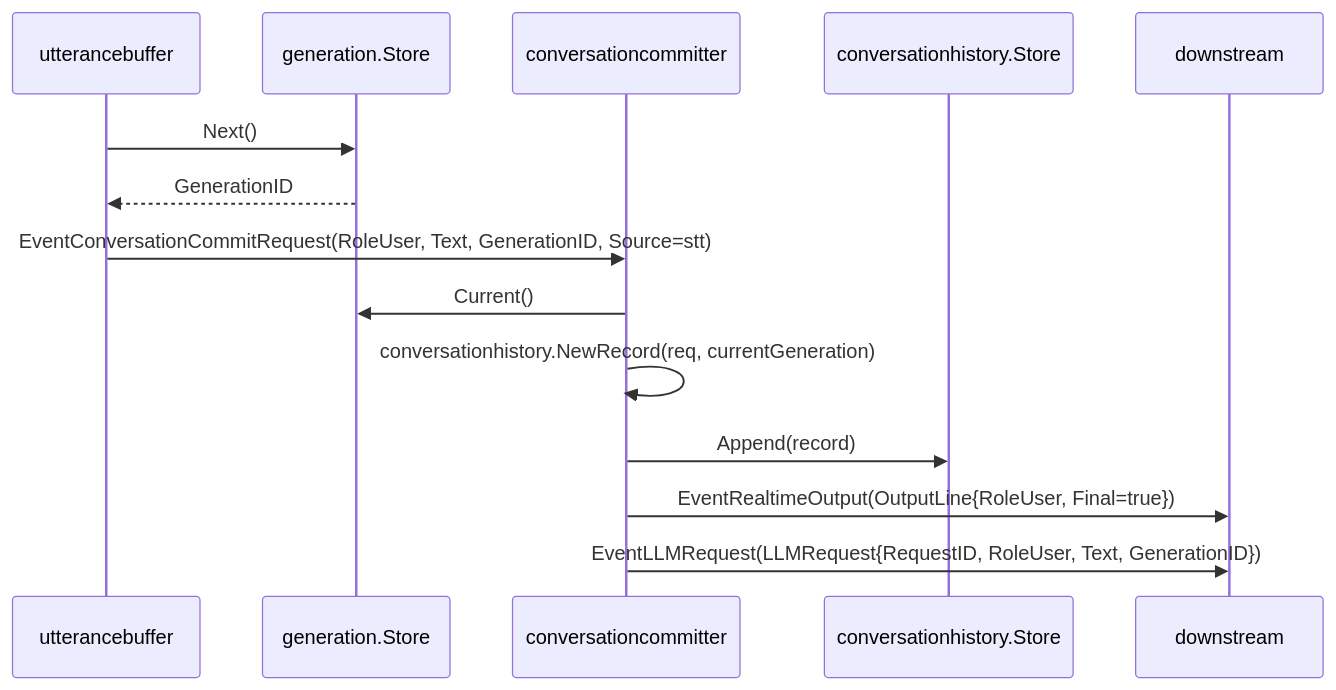
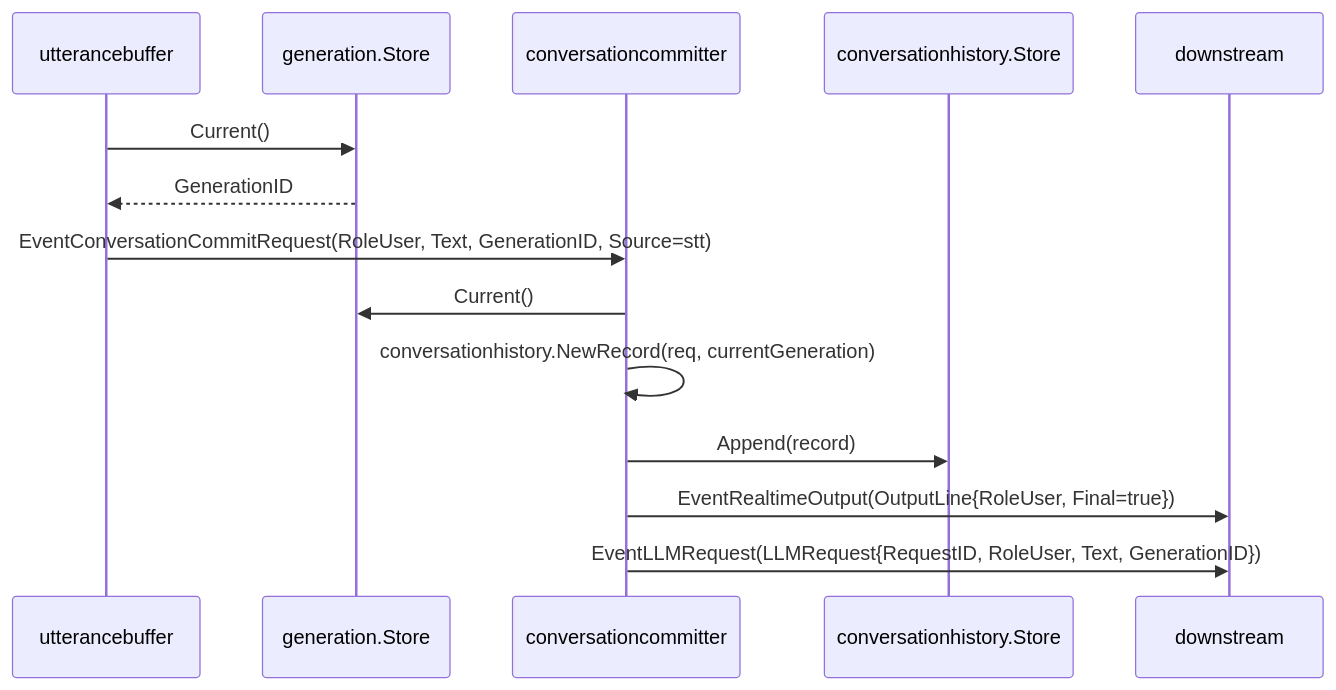
One commit to tetetratra/smart-speaker changed the first of 3 diagrams in docs/components/conversationcommitter.md. Above: the diagram before and after it, drawn with Mermaid. The commit also changed other lines of this file and 8 other files, not shown here.

Commit message:
docs: update VAD generation flow

````diff
--- a/docs/components/conversationcommitter.md
+++ b/docs/components/conversationcommitter.md
@@ -60,17 +60,17 @@
 ```mermaid
 sequenceDiagram
     participant UB as utterancebuffer
     participant Gen as generation.Store
     participant CC as conversationcommitter
     participant Hist as conversationhistory.Store
     participant Down as downstream
 
-    UB->>Gen: Next()
+    UB->>Gen: Current()
     Gen-->>UB: GenerationID
     UB->>CC: EventConversationCommitRequest(RoleUser, Text, GenerationID, Source=stt)
     CC->>Gen: Current()
     CC->>CC: conversationhistory.NewRecord(req, currentGeneration)
     CC->>Hist: Append(record)
     CC->>Down: EventRealtimeOutput(OutputLine{RoleUser, Final=true})
     CC->>Down: EventLLMRequest(LLMRequest{RequestID, RoleUser, Text, GenerationID})
 ```
````
